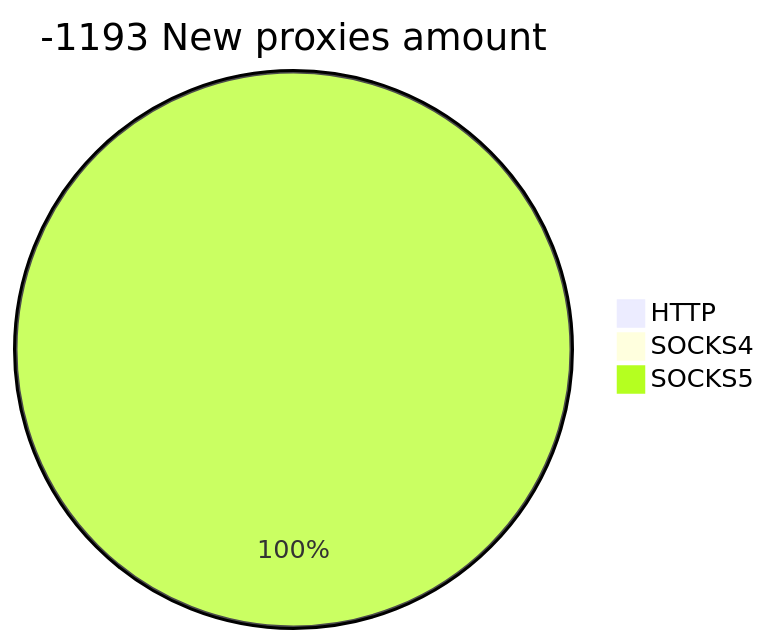
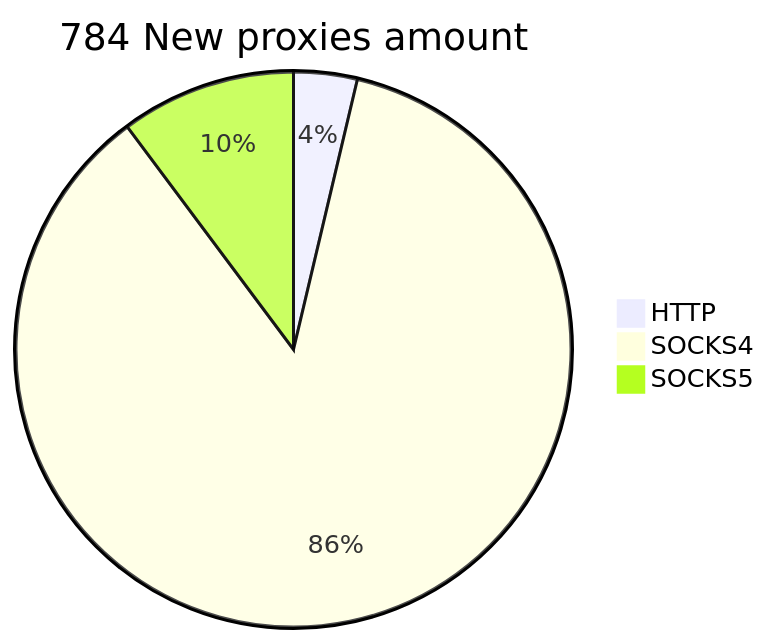
Before and after one commit to cutipu/proxylist: the second of 2 diagrams in README.md, drawn with Mermaid. The commit also changed other lines of this file, not shown here.

````diff
--- a/README.md
+++ b/README.md
@@ -10,6 +10,6 @@
 ```mermaid
-pie title -1193 New proxies amount
-    "HTTP" : 0
-    "SOCKS4" : 0
-    "SOCKS5" : 50
+pie title 784 New proxies amount
+    "HTTP" : 29
+    "SOCKS4" : 675
+    "SOCKS5" : 80
 ```
````
